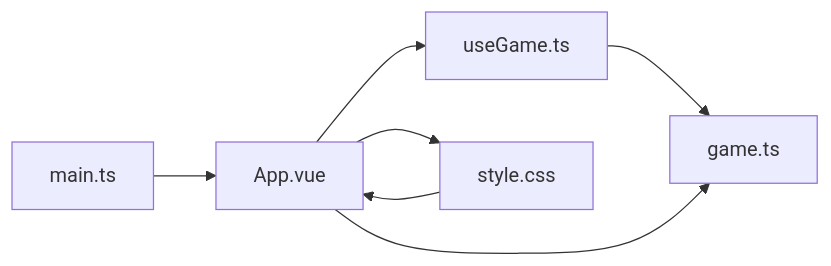
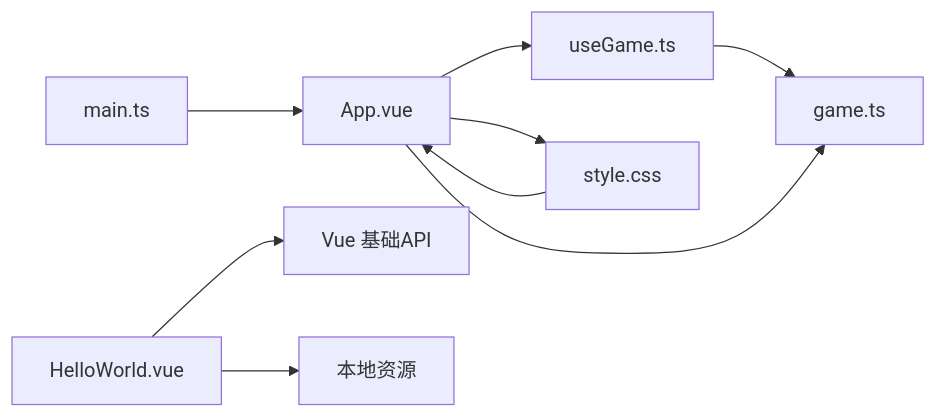
The fifth of 5 diagrams in .qoder/repowiki/zh/content/核心架构/Vue 组件架构.md (mrancc/reimagined-journey), drawn with Mermaid before and after one commit. The commit also changed other lines of this file and 3 other files, not shown here.

````diff
--- a/.qoder/repowiki/zh/content/核心架构/Vue 组件架构.md
+++ b/.qoder/repowiki/zh/content/核心架构/Vue 组件架构.md
@@ -297,9 +327,11 @@
 ```mermaid
 graph LR
 M["main.ts"] --> A["App.vue"]
 A --> U["useGame.ts"]
 A --> S["style.css"]
 U --> T["game.ts"]
 A --> T
 S --> A
+HW["HelloWorld.vue"] --> V["Vue 基础API"]
+HW --> AS["本地资源"]
 ```
````
